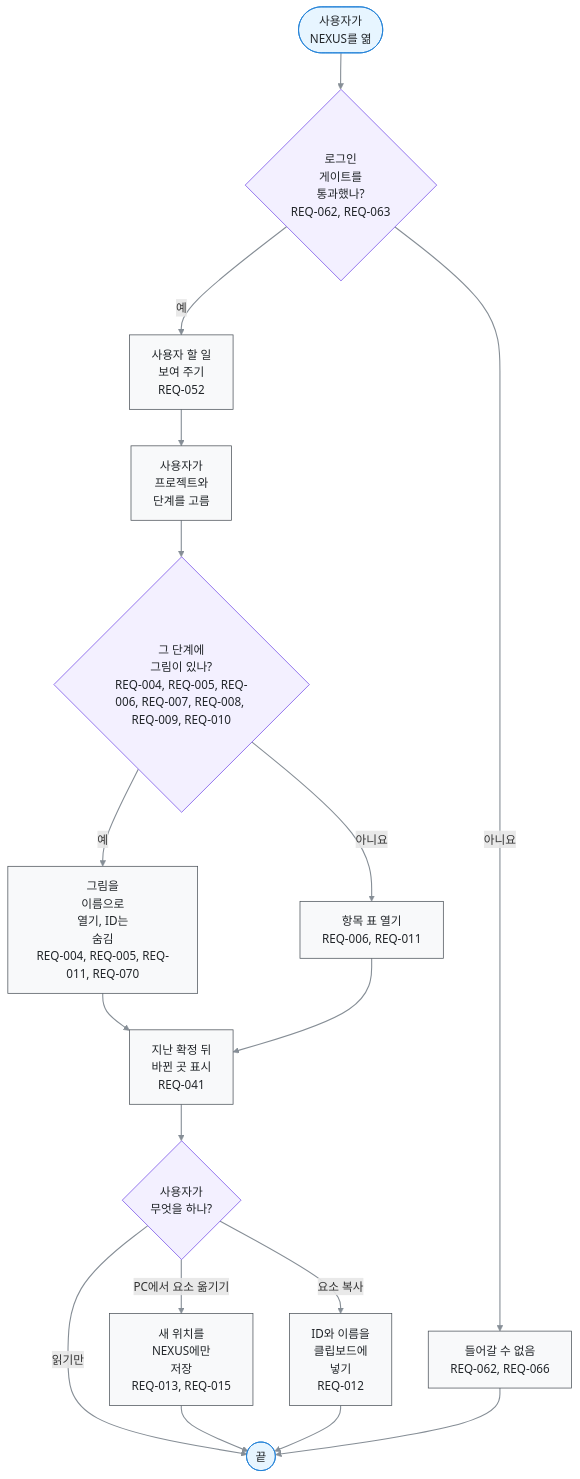
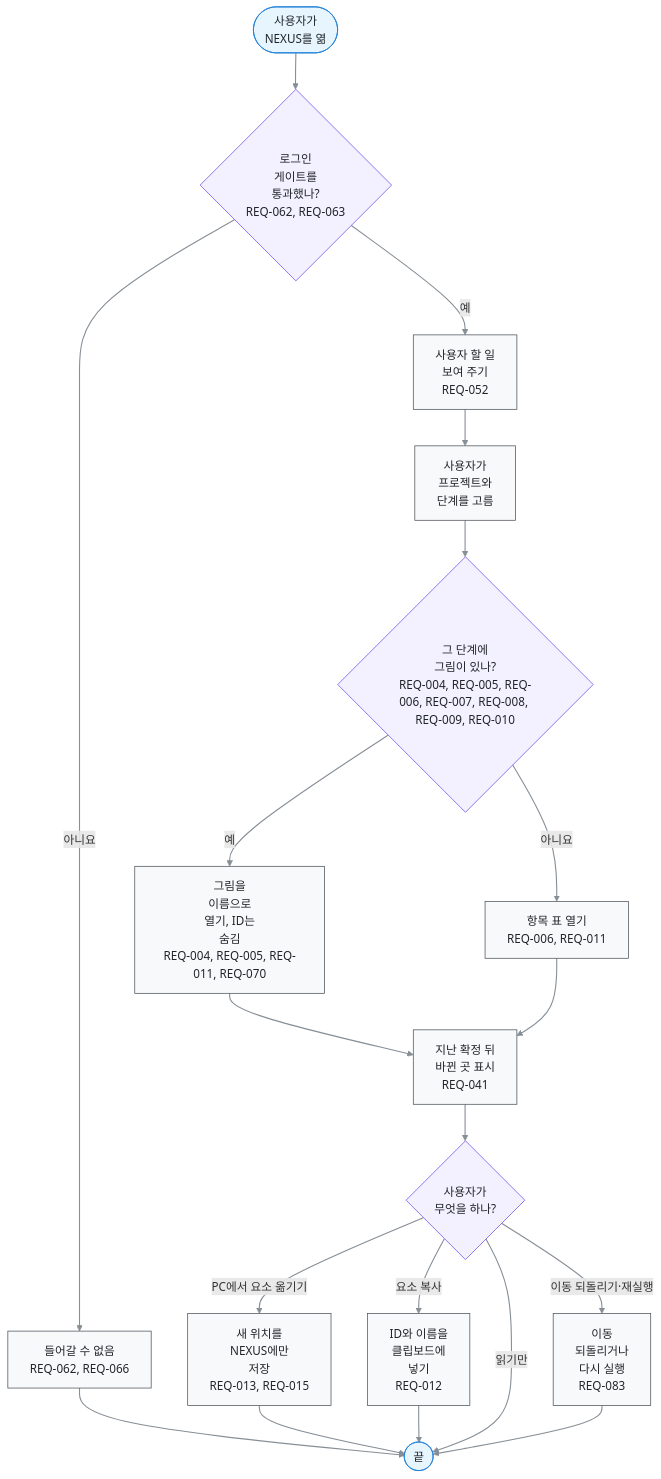
One commit to kodonghui/corthex-nexus changed the diagram in docs/03-user-flow/FL-002-read-a-stage-from-the-to-do.ko.md. Above: the diagram before and after it, drawn with Mermaid. The commit also changed other lines of this file and 30 other files, not shown here.

Commit message:
Undo diagram moves without overwriting other tabs

````diff
--- a/docs/03-user-flow/FL-002-read-a-stage-from-the-to-do.ko.md
+++ b/docs/03-user-flow/FL-002-read-a-stage-from-the-to-do.ko.md
@@ -11,42 +11,45 @@
 ```mermaid
 flowchart TD
   A(["사용자가<br/>NEXUS를 엶"])
   B{"로그인<br/>게이트를<br/>통과했나?<br/>REQ-062, REQ-063"}
   C["사용자 할 일<br/>보여 주기<br/>REQ-052"]
   D["사용자가<br/>프로젝트와<br/>단계를 고름"]
   E{"그 단계에<br/>그림이 있나?<br/>REQ-004, REQ-005, REQ-006, REQ-007, REQ-008, REQ-009, REQ-010"}
   F["그림을<br/>이름으로<br/>열기, ID는<br/>숨김<br/>REQ-004, REQ-005, REQ-011, REQ-070"]
   G["항목 표 열기<br/>REQ-006, REQ-011"]
   H["지난 확정 뒤<br/>바뀐 곳 표시<br/>REQ-041"]
   I{"사용자가<br/>무엇을 하나?"}
   J["새 위치를<br/>NEXUS에만<br/>저장<br/>REQ-013, REQ-015"]
   K["ID와 이름을<br/>클립보드에<br/>넣기<br/>REQ-012"]
+  N["이동<br/>되돌리거나<br/>다시 실행<br/>REQ-083"]
   R1["들어갈 수 없음<br/>REQ-062, REQ-066"]
   Z(["끝"])
   A e1@--> B
   B e2@-->|아니요| R1
   B e3@-->|예| C
   C e4@--> D
   D e5@--> E
   E e6@-->|예| F
   E e7@-->|아니요| G
   F e8@--> H
   G e9@--> H
   H e10@--> I
   I e11@-->|PC에서 요소 옮기기| J
   I e12@-->|요소 복사| K
   I e13@-->|읽기만| Z
   J e14@--> Z
   K e15@--> Z
   R1 e16@--> Z
+  I e17@-->|이동 되돌리기·재실행| N
+  N e18@--> Z
   %% legend: below
   classDef term fill:#e7f5ff,stroke:#1c7ed6,color:#212529
   classDef proc fill:#f8f9fa,stroke:#495057,color:#212529
   classDef decide fill:#f3f0ff,stroke:#7048e8,color:#212529
   classDef gap fill:#f1f3f5,stroke:#adb5bd,stroke-dasharray:2 3,color:#495057
   classDef pass stroke:#868e96,stroke-width:1.5px
   class A,Z term
-  class C,D,F,G,H,J,K,R1 proc
+  class C,D,F,G,H,J,K,N,R1 proc
   class B,E,I decide
-  class e1,e2,e3,e4,e5,e6,e7,e8,e9,e10,e11,e12,e13,e14,e15,e16 pass
+  class e1,e2,e3,e4,e5,e6,e7,e8,e9,e10,e11,e12,e13,e14,e15,e16,e17,e18 pass
 ```
````
